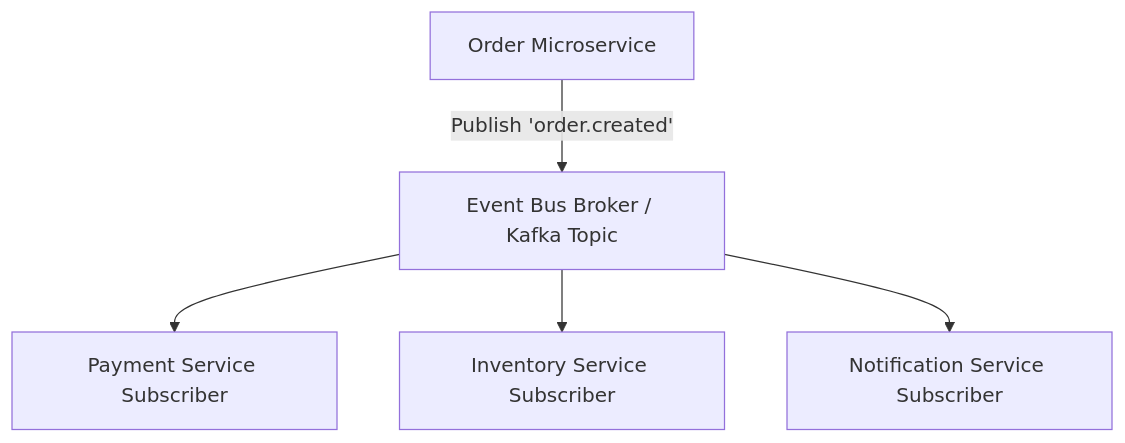
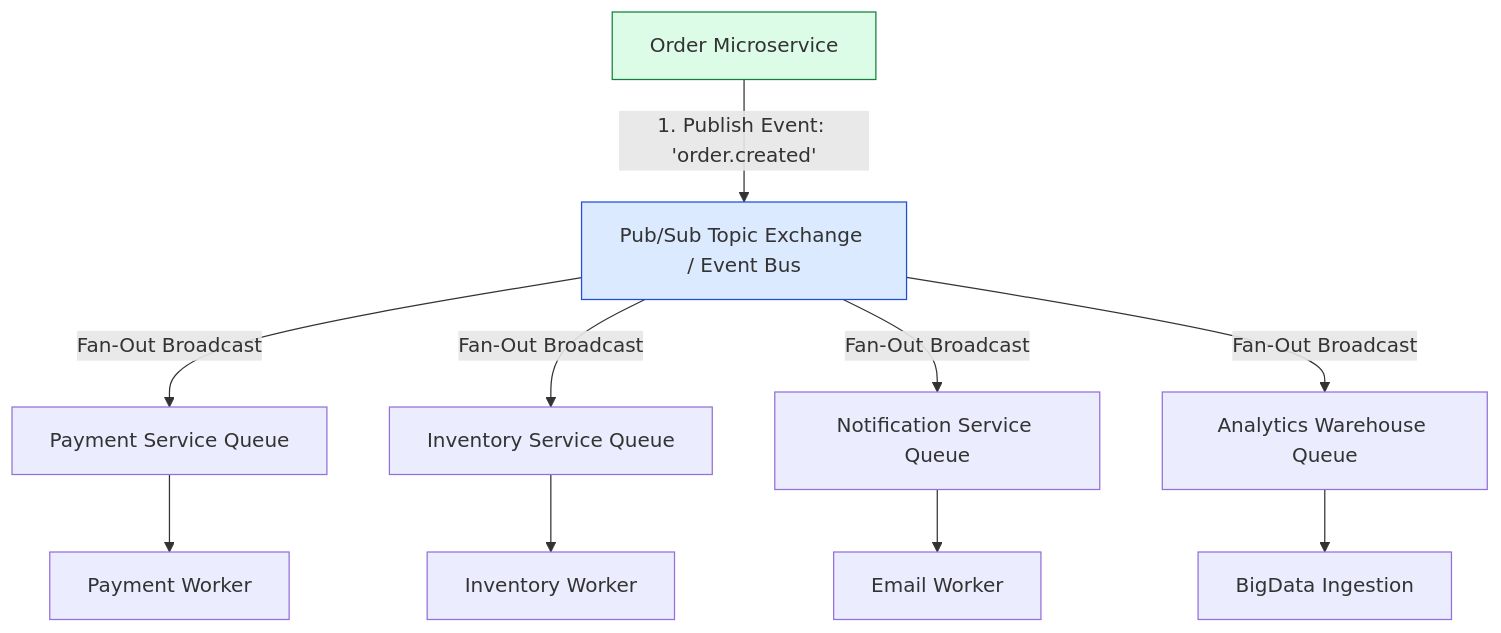
Before and after one commit to Amie-dev/engineering-playbook: the first of 3 diagrams in system-design-notes/15-pub-sub-and-event-driven.md, drawn with Mermaid. The commit also changed other lines of this file and 33 other files, not shown here.

````diff
--- a/system-design-notes/15-pub-sub-and-event-driven.md
+++ b/system-design-notes/15-pub-sub-and-event-driven.md
@@ -10,8 +15,17 @@
 ```mermaid
 flowchart TD
-    OrderService[Order Microservice] -->|Publish 'order.created'| EventBus[Event Bus Broker / Kafka Topic]
-    
-    EventBus --> PaymentSub[Payment Service Subscriber]
-    EventBus --> InventorySub[Inventory Service Subscriber]
-    EventBus --> EmailSub[Notification Service Subscriber]
+    OrderSvc[Order Microservice] -->|1. Publish Event: 'order.created'| Exchange[Pub/Sub Topic Exchange / Event Bus]
+
+    Exchange -->|Fan-Out Broadcast| Queue1[Payment Service Queue]
+    Exchange -->|Fan-Out Broadcast| Queue2[Inventory Service Queue]
+    Exchange -->|Fan-Out Broadcast| Queue3[Notification Service Queue]
+    Exchange -->|Fan-Out Broadcast| Queue4[Analytics Warehouse Queue]
+
+    Queue1 --> PaymentSvc[Payment Worker]
+    Queue2 --> InventorySvc[Inventory Worker]
+    Queue3 --> EmailSvc[Email Worker]
+    Queue4 --> AnalyticsSvc[BigData Ingestion]
+
+    style Exchange fill:#dbeafe,stroke:#1d4ed8
+    style OrderSvc fill:#dcfce7,stroke:#15803d
 ```
````
